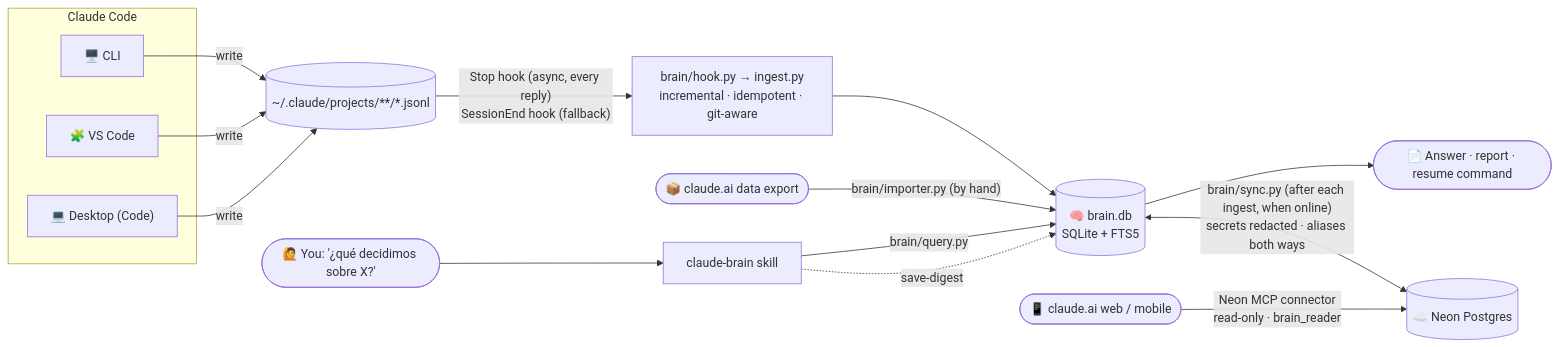
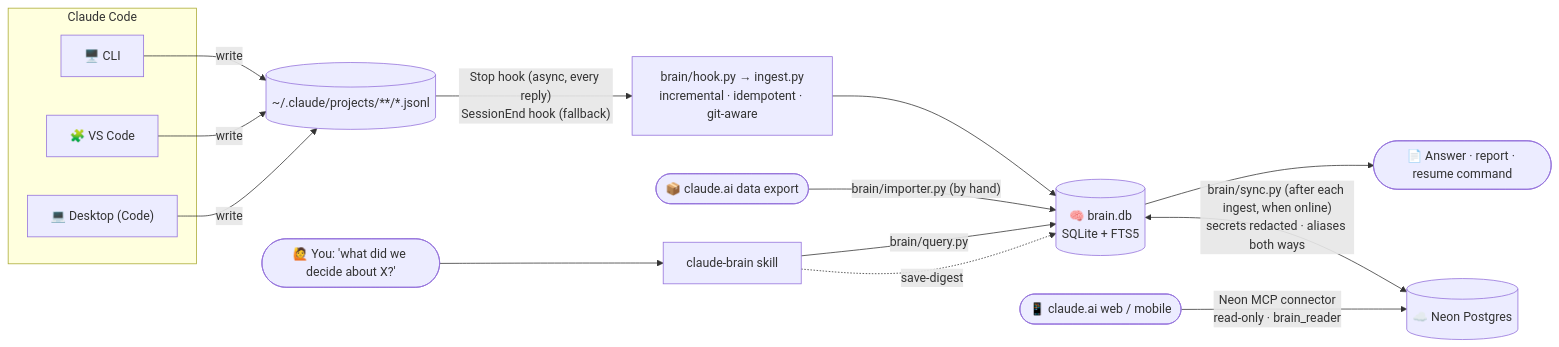
One commit to aavzpy2023/ClaudeBrain changed the first of 2 diagrams in README.md. Above: the diagram before and after it, drawn with Mermaid. The commit also changed other lines of this file and 7 other files, not shown here.

````diff
--- a/README.md
+++ b/README.md
@@ -61,22 +61,22 @@
 ```mermaid
 flowchart LR
     subgraph Surfaces["Claude Code"]
         CLI["🖥️ CLI"]
         VS["🧩 VS Code"]
         DK["💻 Desktop (Code)"]
     end
 
     CLI & VS & DK -->|write| JSONL[("~/.claude/projects/**/*.jsonl")]
 
     JSONL -->|"Stop hook (async, every reply)<br/>SessionEnd hook (fallback)"| ING["brain/hook.py → ingest.py<br/>incremental · idempotent · git-aware"]
     ING --> DB[("🧠 brain.db<br/>SQLite + FTS5")]
     EXPORT(["📦 claude.ai data export"]) -->|"brain/importer.py (by hand)"| DB
 
-    YOU(["🙋 You: '¿qué decidimos sobre X?'"]) --> SKILL["claude-brain skill"]
+    YOU(["🙋 You: 'what did we decide about X?'"]) --> SKILL["claude-brain skill"]
     SKILL -->|"brain/query.py"| DB
     DB --> ANS(["📄 Answer · report · resume command"])
     SKILL -.->|save-digest| DB
 
     DB <-->|"brain/sync.py (after each ingest, when online)<br/>secrets redacted · aliases both ways"| NEON[("☁️ Neon Postgres")]
     PHONE(["📱 claude.ai web / mobile"]) -->|"Neon MCP connector<br/>read-only · brain_reader"| NEON
 ```
````
